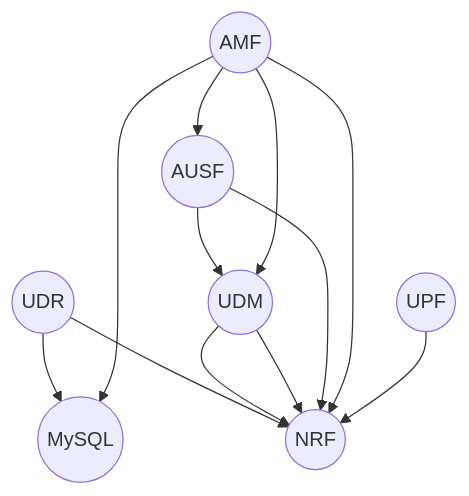
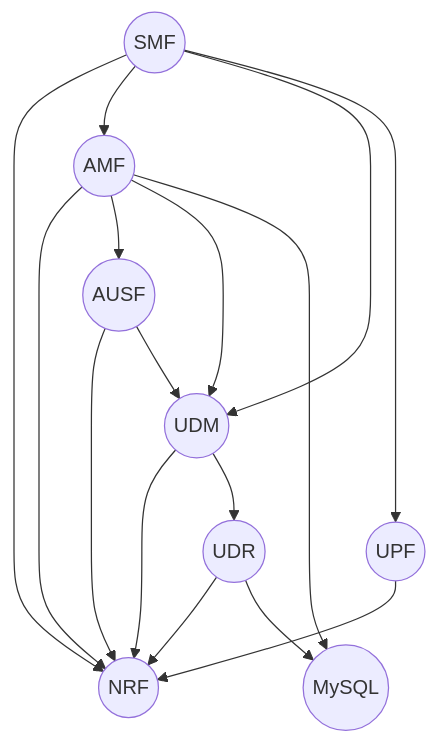
Before and after one commit to gruyaume/charmed-oai-5g: the diagram in docs/reference/model.md, drawn with Mermaid. The commit also changed other lines of this file and 2 other files, not shown here.

Commit message:
Adds SMF to model

````diff
--- a/docs/reference/model.md
+++ b/docs/reference/model.md
@@ -3,14 +3,18 @@
 ```mermaid
 flowchart TD;
-      udr((UDR))-->mysql((MySQL))
       udr((UDR))-->nrf((NRF))
       udm((UDM))-->nrf((NRF))
-      udm((UDM))-->nrf((NRF))
       ausf((AUSF))-->nrf((NRF))
+      amf((AMF))-->nrf((NRF))
+      udr((UDR))-->mysql((MySQL))
+      udm((UDM))-->udr((UDR))
       ausf((AUSF))-->udm((UDM))
+      amf((AMF))-->ausf((AUSF))
+      amf((AMF))-->udm((UDM))
       amf((AMF))-->mysql((MySQL))
-      amf((AMF))-->nrf((NRF))
-      amf((AMF))-->udm((UDM))
-      amf((AMF))-->ausf((AUSF))
       upf((UPF))-->nrf((NRF))
+      smf((SMF))-->nrf((NRF))
+      smf((SMF))-->amf((AMF))
+      smf((SMF))-->udm((UDM))
+      smf((SMF))-->upf((UPF))
 ```
````
